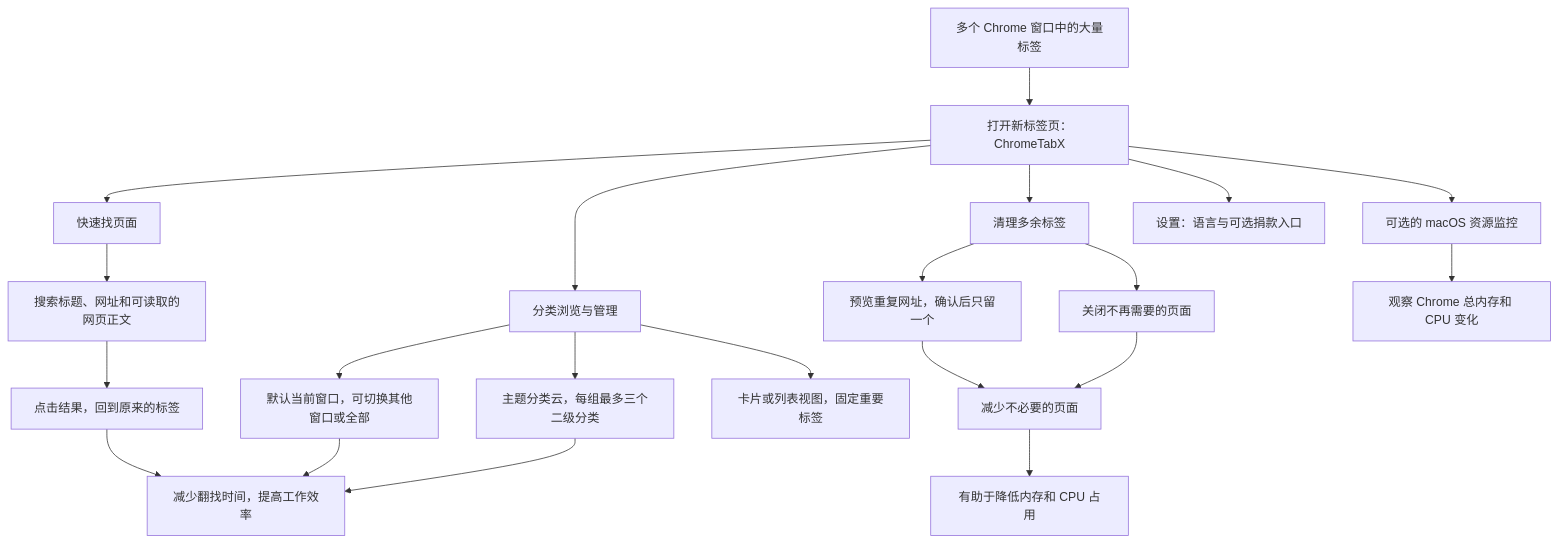
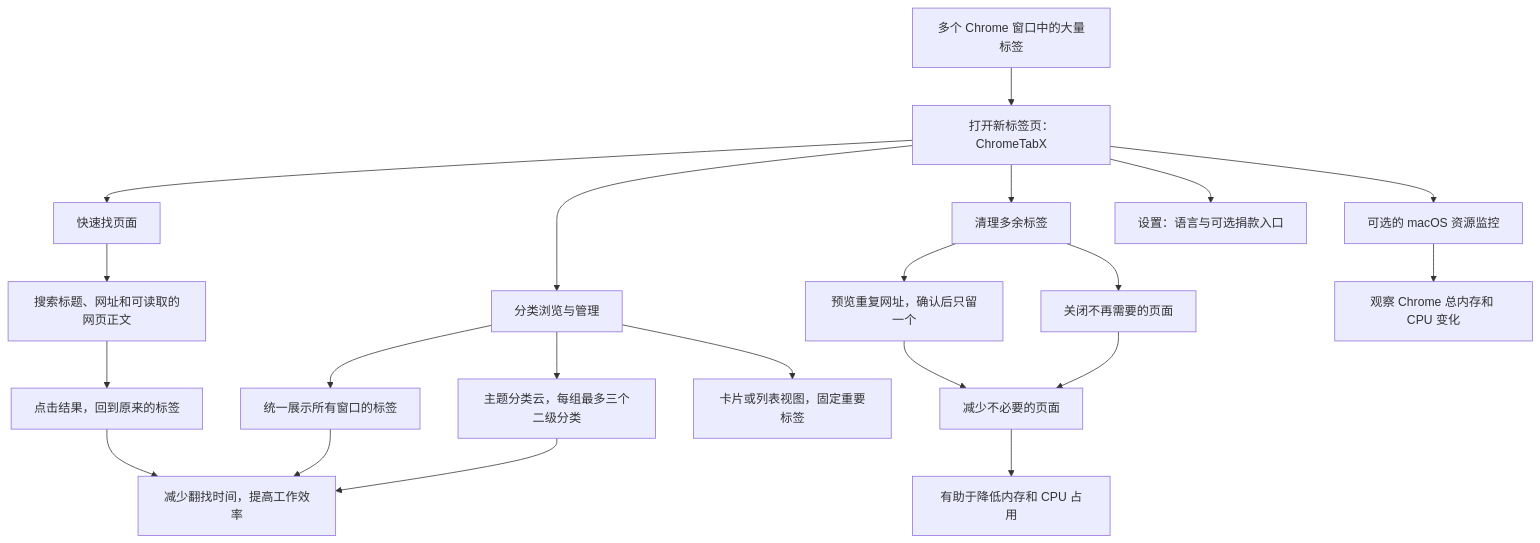
The diagram in README.zh-CN.md (anzai3/ChromeTabX), drawn with Mermaid before and after one commit. The commit also changed other lines of this file and 8 other files, not shown here.

````diff
--- a/README.zh-CN.md
+++ b/README.zh-CN.md
@@ -21,23 +21,23 @@
 ```mermaid
 flowchart TD
     A[多个 Chrome 窗口中的大量标签] --> B[打开新标签页：ChromeTabX]
     B --> C[快速找页面]
     B --> D[分类浏览与管理]
     B --> E[清理多余标签]
     C --> C1[搜索标题、网址和可读取的网页正文]
     C1 --> C2[点击结果，回到原来的标签]
-    D --> D1[默认当前窗口，可切换其他窗口或全部]
+    D --> D1[统一展示所有窗口的标签]
     D --> D2[主题分类云，每组最多三个二级分类]
     D --> D3[卡片或列表视图，固定重要标签]
     E --> E1[预览重复网址，确认后只留一个]
     E --> E2[关闭不再需要的页面]
     C2 --> F[减少翻找时间，提高工作效率]
     D1 --> F
     D2 --> F
     E1 --> G[减少不必要的页面]
     E2 --> G
     G --> H[有助于降低内存和 CPU 占用]
     B --> I[可选的 macOS 资源监控]
     I --> J[观察 Chrome 总内存和 CPU 变化]
     B --> K[设置：语言与可选捐款入口]
 ```
````
